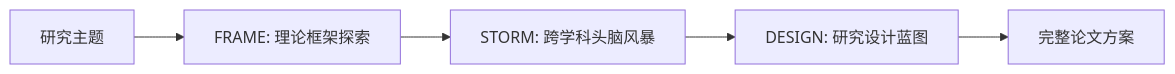
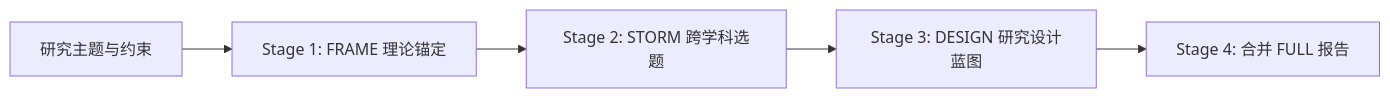
Before and after one commit to JingYangYuan/paper-design-4ss: the diagram in phases/04-full-pipeline.md, drawn with Mermaid. The commit also changed other lines of this file and 77 other files, not shown here.

````diff
--- a/phases/04-full-pipeline.md
+++ b/phases/04-full-pipeline.md
@@ -29,7 +13,7 @@
 ```mermaid
 flowchart LR
-  U[研究主题] --> F[FRAME: 理论框架探索]
-  F --> S[STORM: 跨学科头脑风暴]
-  S --> D[DESIGN: 研究设计蓝图]
-  D --> R[完整论文方案]
+  U[研究主题与约束] --> F[Stage 1: FRAME 理论锚定]
+  F --> S[Stage 2: STORM 跨学科选题]
+  S --> D[Stage 3: DESIGN 研究设计蓝图]
+  D --> R[Stage 4: 合并 FULL 报告]
 ```
````
